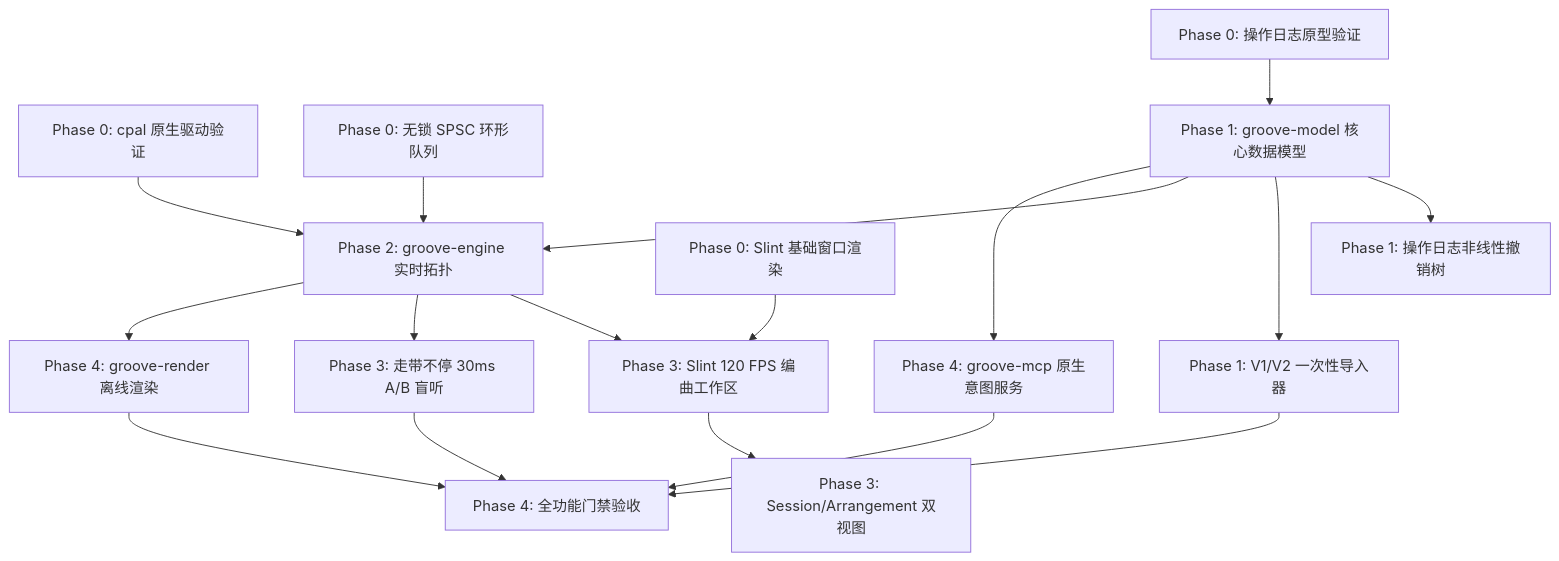
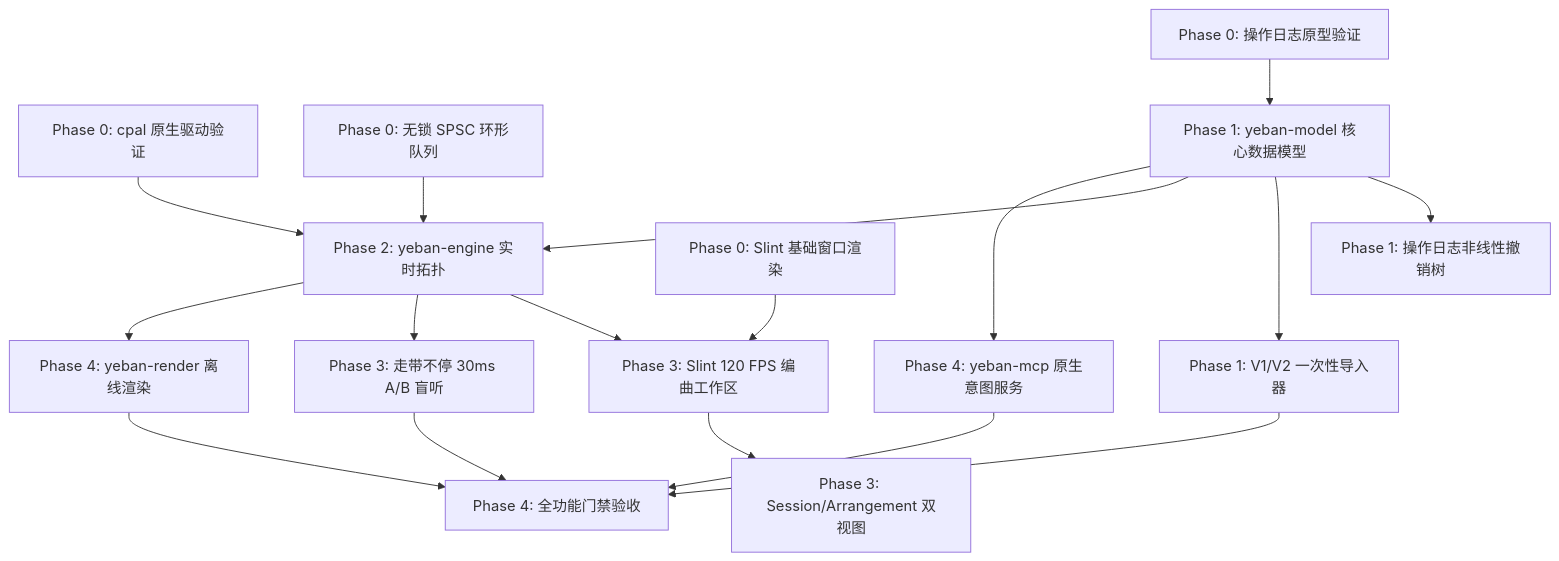
One commit to gradetwo/yeban changed the diagram in GROOVE_V3_ENGINEERING_IMPLEMENTATION_ROADMAP.md. Above: the diagram before and after it, drawn with Mermaid. The commit also changed other lines of this file and 9 other files, not shown here.

````diff
--- a/GROOVE_V3_ENGINEERING_IMPLEMENTATION_ROADMAP.md
+++ b/GROOVE_V3_ENGINEERING_IMPLEMENTATION_ROADMAP.md
@@ -170,22 +179,22 @@
 ```mermaid
 flowchart TD
-    P0_1[Phase 0: cpal 原生驱动验证] --> P2_Engine[Phase 2: groove-engine 实时拓扑]
+    P0_1[Phase 0: cpal 原生驱动验证] --> P2_Engine[Phase 2: yeban-engine 实时拓扑]
     P0_2[Phase 0: 无锁 SPSC 环形队列] --> P2_Engine
     P0_3[Phase 0: Slint 基础窗口渲染] --> P3_Slint[Phase 3: Slint 120 FPS 编曲工作区]
-    P0_4[Phase 0: 操作日志原型验证] --> P1_Model[Phase 1: groove-model 核心数据模型]
+    P0_4[Phase 0: 操作日志原型验证] --> P1_Model[Phase 1: yeban-model 核心数据模型]
 
     P1_Model --> P1_Undo[Phase 1: 操作日志非线性撤销树]
     P1_Model --> P1_Migrate[Phase 1: V1/V2 一次性导入器]
     P1_Model --> P2_Engine
-    P1_Model --> P4_MCP[Phase 4: groove-mcp 原生意图服务]
+    P1_Model --> P4_MCP[Phase 4: yeban-mcp 原生意图服务]
 
     P2_Engine --> P3_Slint
     P2_Engine --> P3_Audition[Phase 3: 走带不停 30ms A/B 盲听]
-    P2_Engine --> P4_Render[Phase 4: groove-render 离线渲染]
+    P2_Engine --> P4_Render[Phase 4: yeban-render 离线渲染]
 
     P3_Slint --> P3_Views[Phase 3: Session/Arrangement 双视图]
     P3_Audition --> P4_Gate[Phase 4: 全功能门禁验收]
     P4_MCP --> P4_Gate
     P4_Render --> P4_Gate
     P1_Migrate --> P4_Gate
 ```
````
